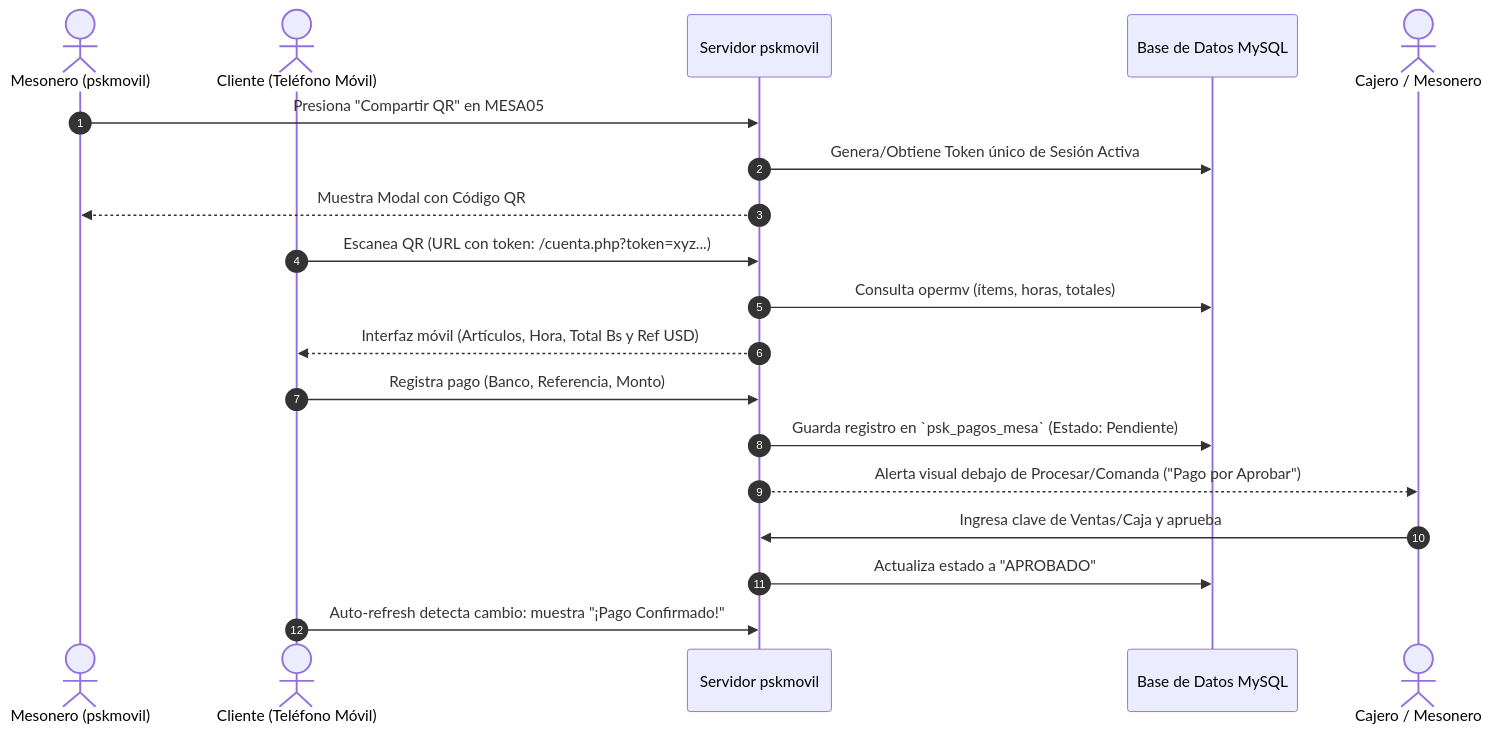
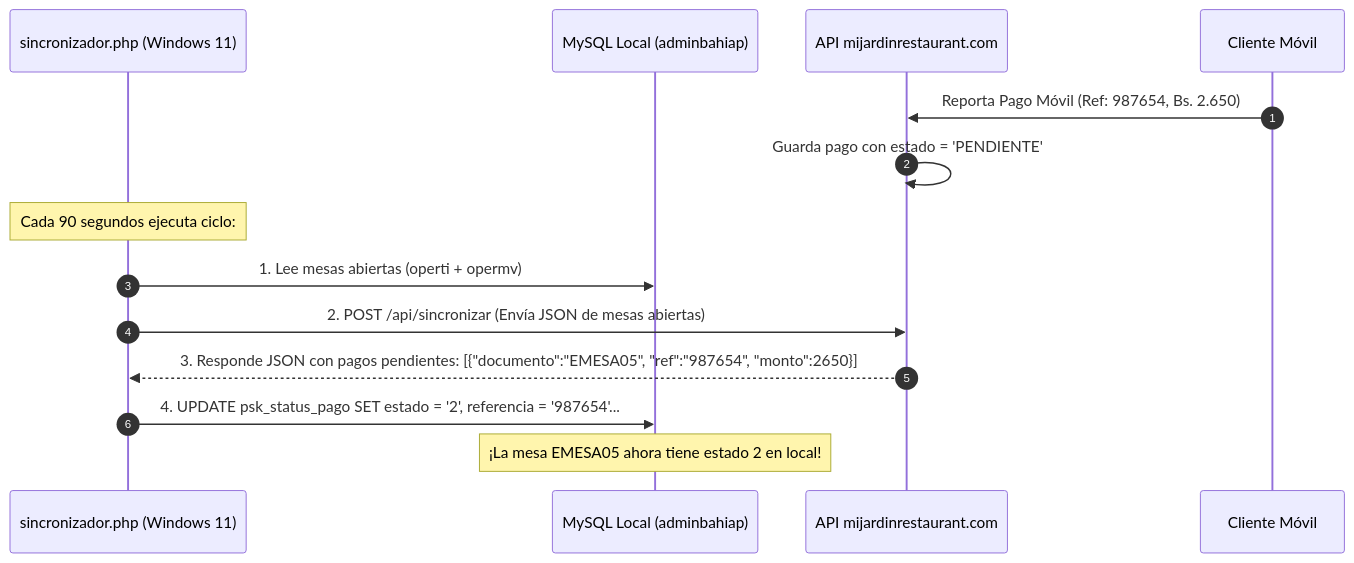
Before and after one commit to fjgroup/pskmovil: the second of 3 diagrams in docs/estudio_qr_pedidos_pagos.md, drawn with Mermaid. The commit also changed other lines of this file and 21 other files, not shown here.

````diff
--- a/docs/estudio_qr_pedidos_pagos.md
+++ b/docs/estudio_qr_pedidos_pagos.md
@@ -55,22 +148,19 @@
 ```mermaid
 sequenceDiagram
     autonumber
-    actor Mesonero as Mesonero (pskmovil)
-    actor Cliente as Cliente (Teléfono Móvil)
-    participant Sistema as Servidor pskmovil
-    participant BD as Base de Datos MySQL
-    actor Caja as Cajero / Mesonero
+    participant Cron as sincronizador.php (Windows 11)
+    participant BDLocal as MySQL Local (adminbahiap)
+    participant Cloud as API mijardinrestaurant.com
+    participant Cliente as Cliente Móvil
 
-    Mesonero->>Sistema: Presiona "Compartir QR" en MESA05
-    Sistema->>BD: Genera/Obtiene Token único de Sesión Activa
-    Sistema-->>Mesonero: Muestra Modal con Código QR
-    Cliente->>Sistema: Escanea QR (URL con token: /cuenta.php?token=xyz...)
-    Sistema->>BD: Consulta opermv (ítems, horas, totales)
-    Sistema-->>Cliente: Interfaz móvil (Artículos, Hora, Total Bs y Ref USD)
-    Cliente->>Sistema: Registra pago (Banco, Referencia, Monto)
-    Sistema->>BD: Guarda registro en `psk_pagos_mesa` (Estado: Pendiente)
-    Sistema-->>Caja: Alerta visual debajo de Procesar/Comanda ("Pago por Aprobar")
-    Caja->>Sistema: Ingresa clave de Ventas/Caja y aprueba
-    Sistema->>BD: Actualiza estado a "APROBADO"
-    Cliente->>Sistema: Auto-refresh detecta cambio: muestra "¡Pago Confirmado!"
+    Cliente->>Cloud: Reporta Pago Móvil (Ref: 987654, Bs. 2.650)
+    Cloud->>Cloud: Guarda pago con estado = 'PENDIENTE'
+
+    Note over Cron: Cada 90 segundos ejecuta ciclo:
+    Cron->>BDLocal: 1. Lee mesas abiertas (operti + opermv)
+    Cron->>Cloud: 2. POST /api/sincronizar (Envía JSON de mesas abiertas)
+    Cloud-->>Cron: 3. Responde JSON con pagos pendientes: [{"documento":"EMESA05", "ref":"987654", "monto":2650}]
+    
+    Cron->>BDLocal: 4. UPDATE psk_status_pago SET estado = '2', referencia = '987654'...
+    Note over BDLocal: ¡La mesa EMESA05 ahora tiene estado 2 en local!
 ```
````
